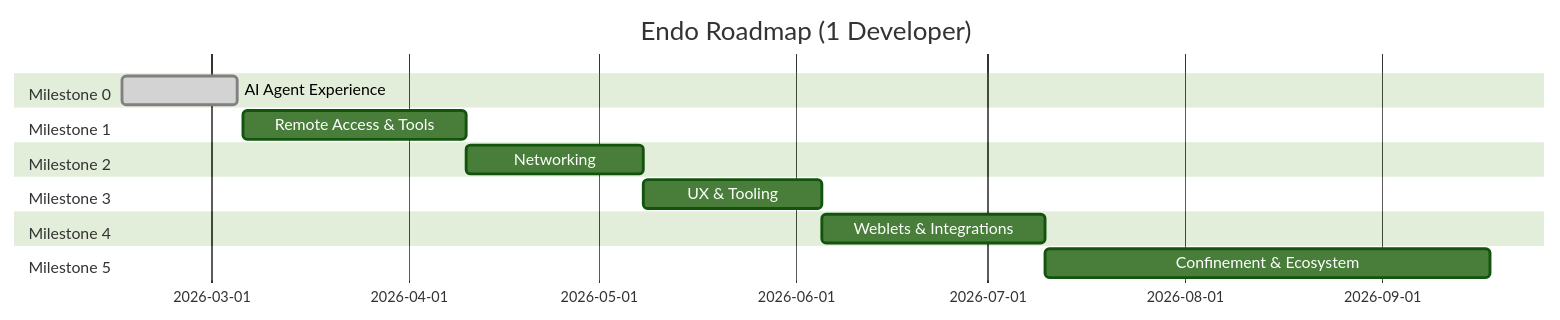
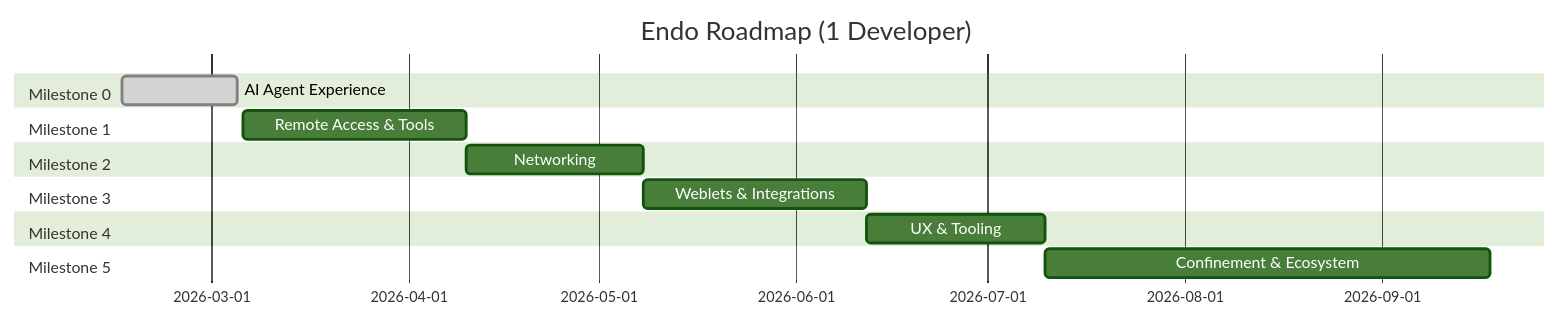
The second of 2 diagrams in designs/README.md (jbotson/endo-but-for-bots), drawn with Mermaid (forest theme) before and after one commit. The commit also changed other lines of this file, not shown here.

````diff
--- a/designs/README.md
+++ b/designs/README.md
@@ -419,23 +419,23 @@
 ```mermaid
 gantt
     title Endo Roadmap (1 Developer)
     dateFormat YYYY-MM-DD
 
     section Milestone 0
     AI Agent Experience           :done, m0, 2026-02-15, 2026-03-05
 
     section Milestone 1
     Remote Access & Tools         :m1, 2026-03-06, 5w
 
     section Milestone 2
     Networking                    :m2, after m1, 4w
 
     section Milestone 3
-    UX & Tooling                  :m3, after m2, 4w
+    Weblets & Integrations        :m3, after m2, 5w
 
     section Milestone 4
-    Weblets & Integrations        :m4, after m3, 5w
+    UX & Tooling                  :m4, after m3, 4w
 
     section Milestone 5
     Confinement & Ecosystem       :m5, after m4, 10w
 ```
````
